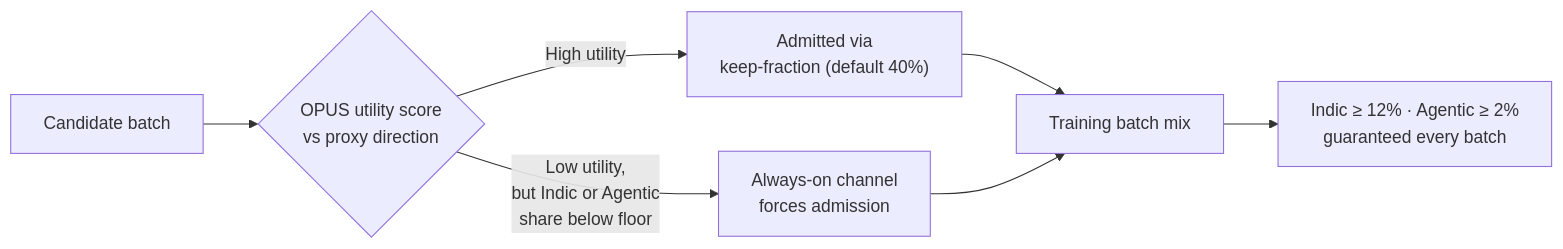
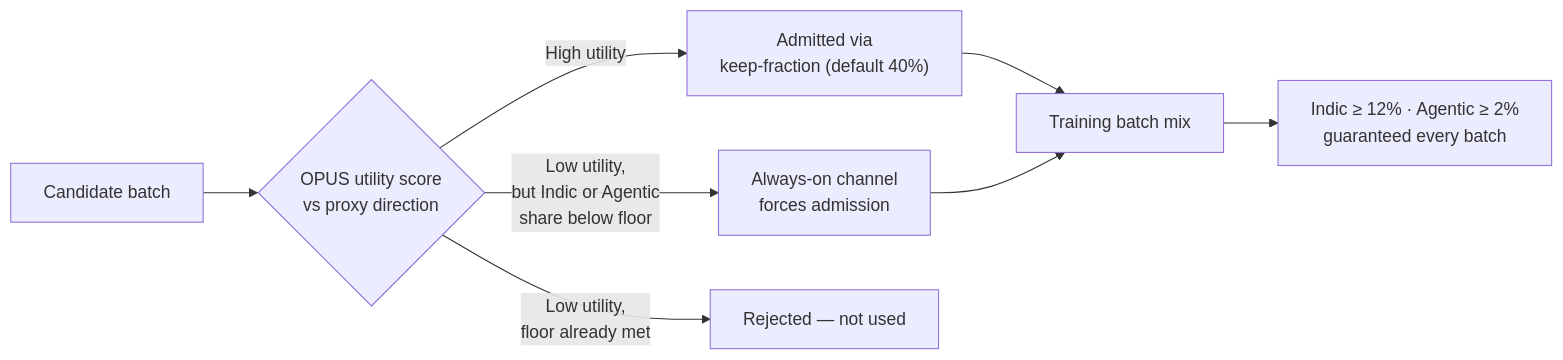
One commit to RaviNaik/ERA changed the third of 5 diagrams in v5/session5/README.md. Above: the diagram before and after it, drawn with Mermaid. The commit also changed other lines of this file, not shown here.

Commit message:
Updated mermaid diagrams session5

````diff
--- a/v5/session5/README.md
+++ b/v5/session5/README.md
@@ -197,9 +197,10 @@
 ```mermaid
 flowchart LR
     A["Candidate batch"] --> B{"OPUS utility score<br/>vs proxy direction"}
     B -->|"High utility"| C["Admitted via<br/>keep-fraction (default 40%)"]
     B -->|"Low utility,<br/>but Indic or Agentic<br/>share below floor"| D["Always-on channel<br/>forces admission"]
+    B -->|"Low utility,<br/>floor already met"| G["Rejected — not used"]
     C --> E["Training batch mix"]
     D --> E
     E --> F["Indic ≥ 12% · Agentic ≥ 2%<br/>guaranteed every batch"]
 ```
````
